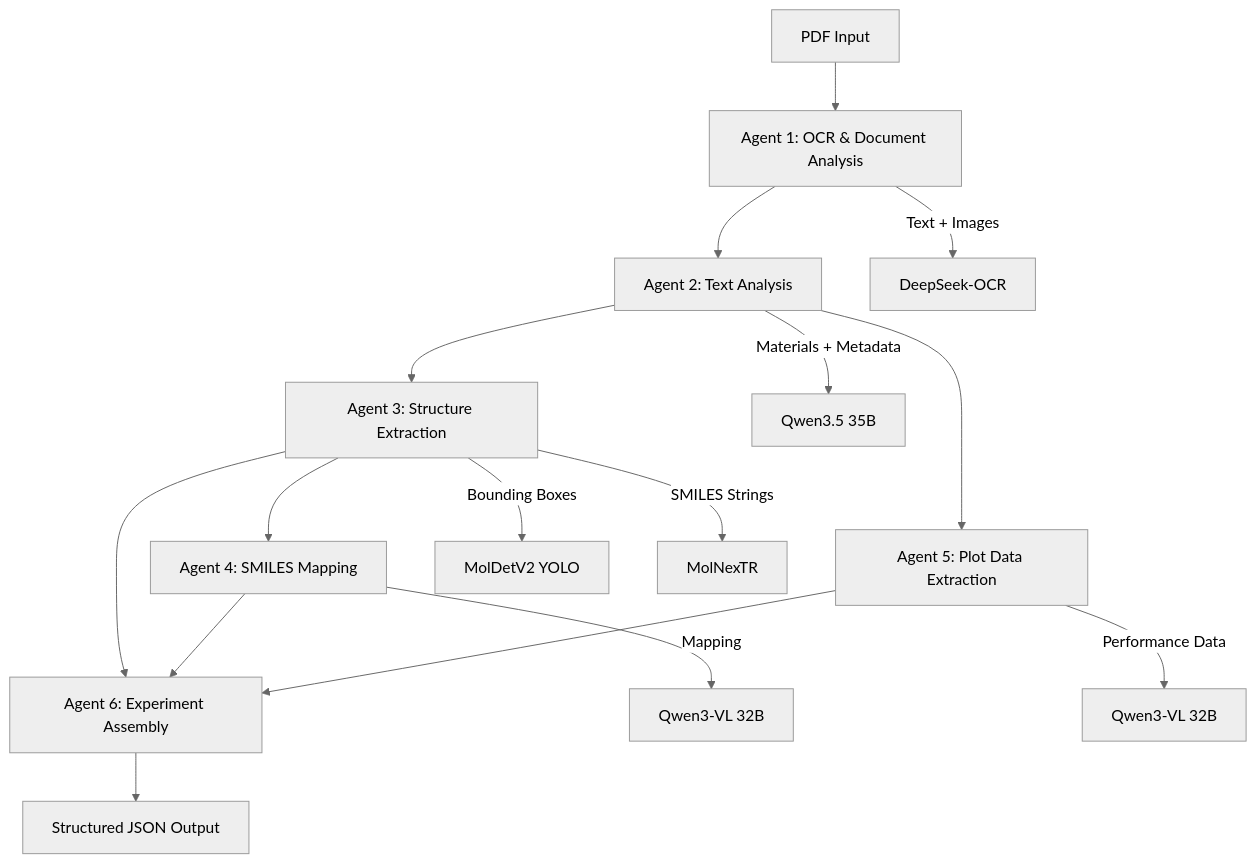
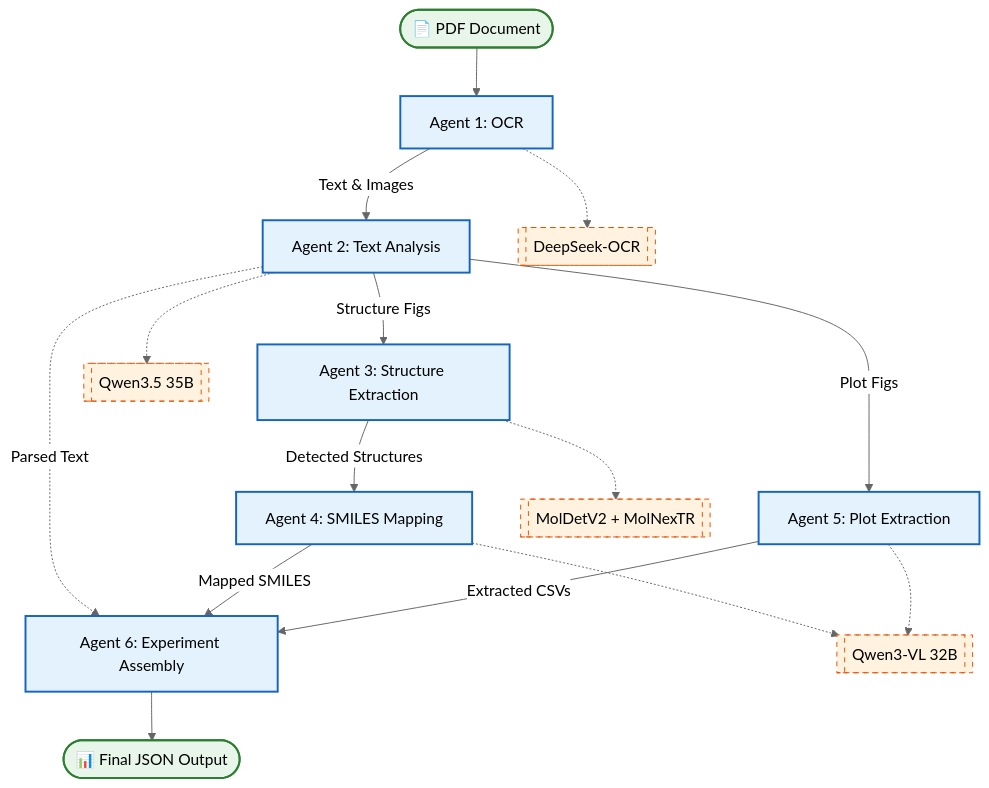
One commit to kuennethgroup/ExMatAI changed the diagram in README.md. Above: the diagram before and after it, drawn with Mermaid (neutral theme).

Commit message:
docs: Update Mermaid graph with better visualization

````diff
--- a/README.md
+++ b/README.md
@@ -13,18 +13,34 @@
 ```mermaid
-graph TD;
-    A[PDF Input] --> B[Agent 1: OCR & Document Analysis];
-    B --> C[Agent 2: Text Analysis];
-    C --> D[Agent 3: Structure Extraction];
-    D --> E[Agent 4: SMILES Mapping];
-    C --> F[Agent 5: Plot Data Extraction];
-    D --> G[Agent 6: Experiment Assembly];
-    E --> G;
-    F --> G;
-    G --> H[Structured JSON Output];
-    B -->|Text + Images| B1[DeepSeek-OCR];
-    C -->|Materials + Metadata| C1[Qwen3.5 35B];
-    D -->|Bounding Boxes| D1[MolDetV2 YOLO];
-    D -->|SMILES Strings| D2[MolNexTR];
-    E -->|Mapping| E1[Qwen3-VL 32B];
-    F -->|Performance Data| F1[Qwen3-VL 32B];
+flowchart TD
+    %% Styling
+    classDef io fill:#e8f5e9,stroke:#2e7d32,stroke-width:2px,color:#000
+    classDef agent fill:#e3f2fd,stroke:#1565c0,stroke-width:2px,color:#000
+    classDef model fill:#fff3e0,stroke:#e65100,stroke-width:1px,stroke-dasharray: 5 5,color:#000
+
+    In([📄 PDF Document]):::io --> A1
+    
+    A1[Agent 1: OCR]:::agent -->|Text & Images| A2[Agent 2: Text Analysis]:::agent
+    
+    A2 -->|Structure Figs| A3[Agent 3: Structure Extraction]:::agent
+    A2 -->|Plot Figs| A5[Agent 5: Plot Extraction]:::agent
+    
+    A3 -->|Detected Structures| A4[Agent 4: SMILES Mapping]:::agent
+    
+    A2 -.->|Parsed Text| A6
+    A4 -->|Mapped SMILES| A6[Agent 6: Experiment Assembly]:::agent
+    A5 -->|Extracted CSVs| A6
+    
+    A6 --> Out([📊 Final JSON Output]):::io
+
+    %% AI Models (attached to agents)
+    M1[[DeepSeek-OCR]]:::model
+    M2[[Qwen3.5 35B]]:::model
+    M3[[MolDetV2 + MolNexTR]]:::model
+    M4[[Qwen3-VL 32B]]:::model
+
+    A1 -.-> M1
+    A2 -.-> M2
+    A3 -.-> M3
+    A4 -.-> M4
+    A5 -.-> M4
 ```
````
